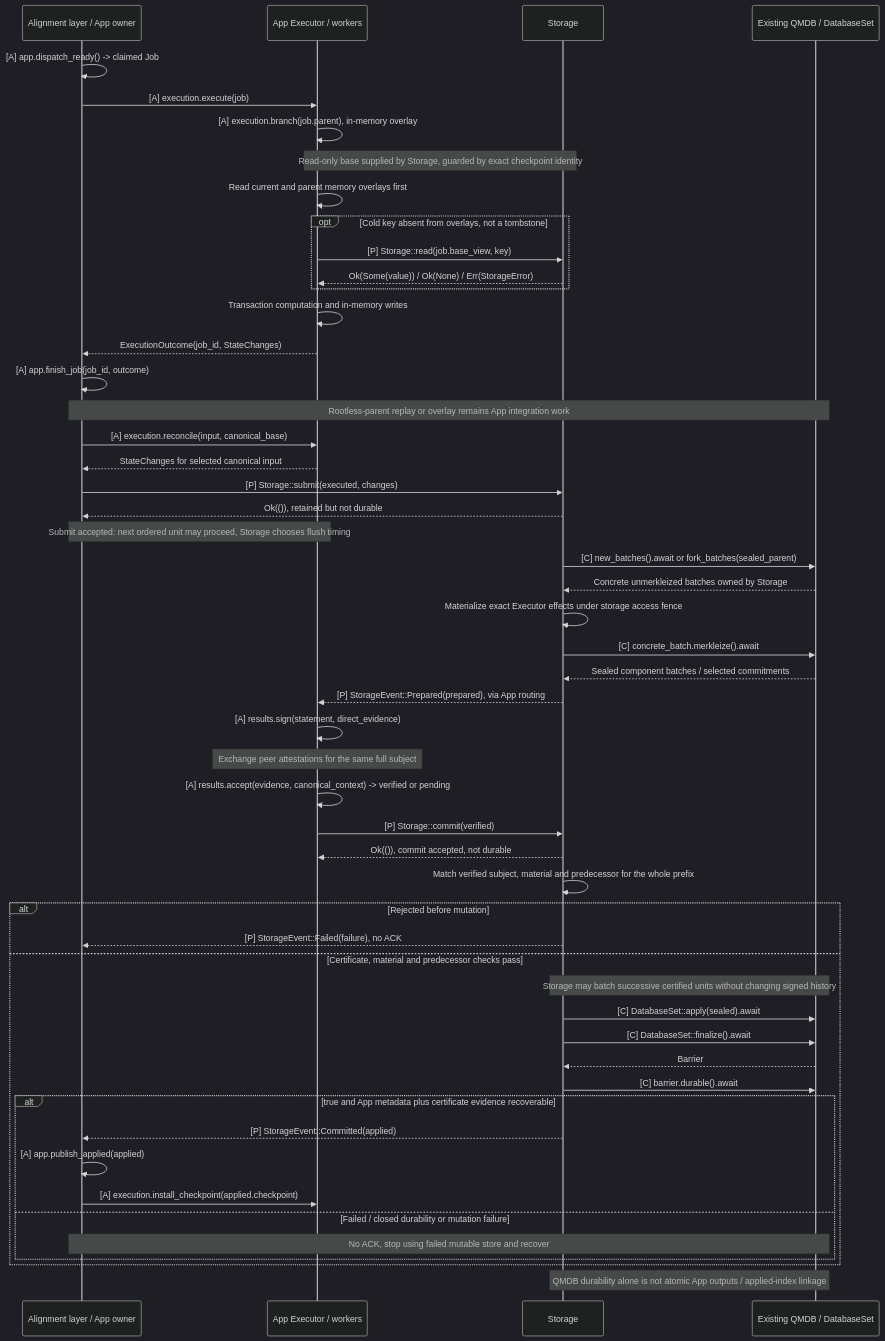
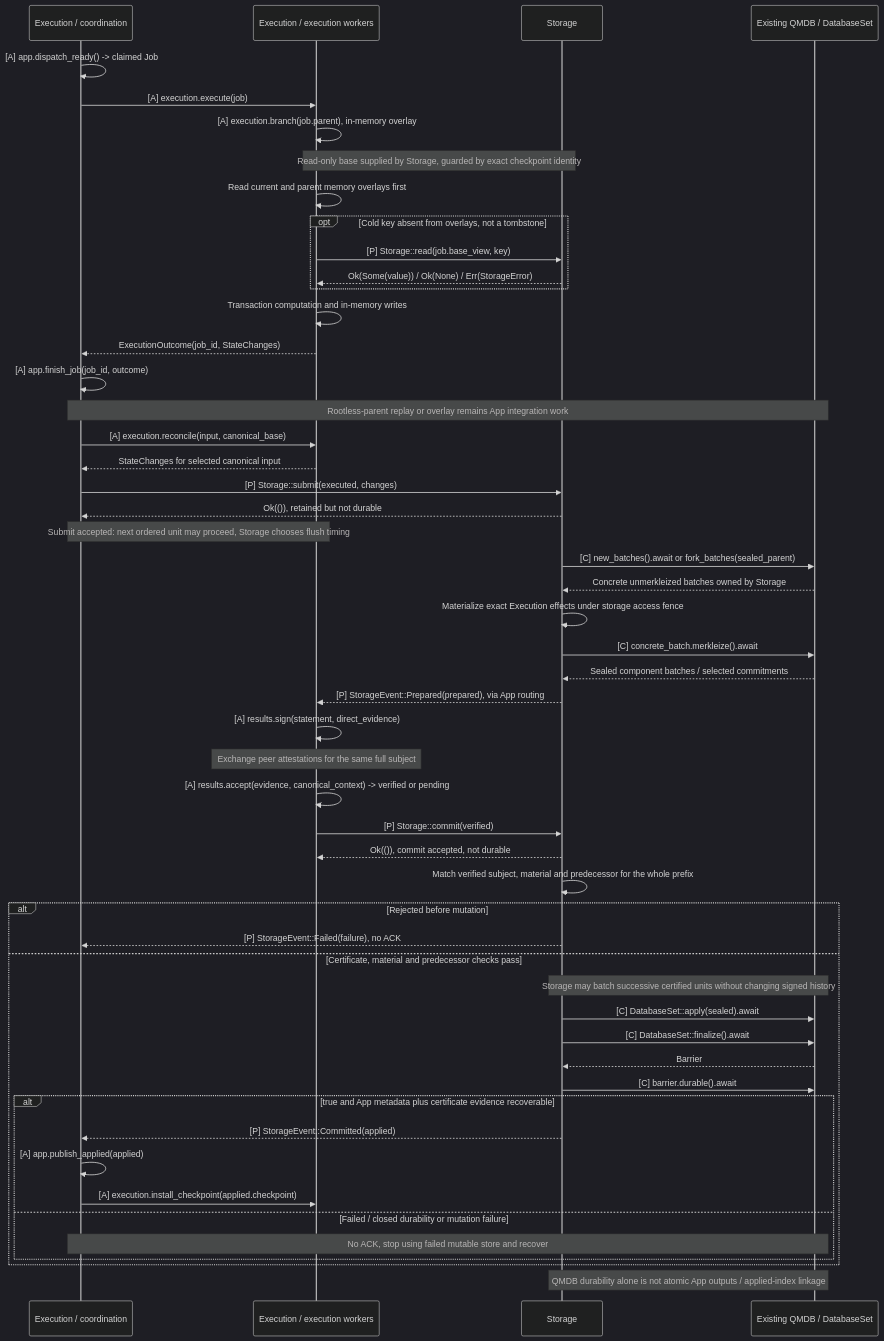
Before and after one commit to djm07073/baton: the diagram in docs/assets/diagrams/diagram-09.mmd, drawn with Mermaid (dark theme). The commit also changed 4086 other files, not shown here.

```diff
--- a/docs/assets/diagrams/diagram-09.mmd
+++ b/docs/assets/diagrams/diagram-09.mmd
@@ -1,53 +1,53 @@
 sequenceDiagram
-    participant A as Alignment layer / App owner
-    participant E as App Executor / workers
+    participant A as Execution / coordination
+    participant E as Execution / execution workers
     participant S as Storage
     participant D as Existing QMDB / DatabaseSet
     A->>A: [A] app.dispatch_ready() -> claimed Job
     A->>E: [A] execution.execute(job)
     E->>E: [A] execution.branch(job.parent), in-memory overlay
     Note over E,S: Read-only base supplied by Storage, guarded by exact checkpoint identity
     E->>E: Read current and parent memory overlays first
     opt Cold key absent from overlays, not a tombstone
         E->>S: [P] Storage::read(job.base_view, key)
         S-->>E: Ok(Some(value)) / Ok(None) / Err(StorageError)
     end
     E->>E: Transaction computation and in-memory writes
     E-->>A: ExecutionOutcome(job_id, StateChanges)
     A->>A: [A] app.finish_job(job_id, outcome)
     Note over A,D: Rootless-parent replay or overlay remains App integration work
     A->>E: [A] execution.reconcile(input, canonical_base)
     E-->>A: StateChanges for selected canonical input
     A->>S: [P] Storage::submit(executed, changes)
     S-->>A: Ok(()), retained but not durable
     Note over A,E: Submit accepted: next ordered unit may proceed, Storage chooses flush timing
     S->>D: [C] new_batches().await or fork_batches(sealed_parent)
     D-->>S: Concrete unmerkleized batches owned by Storage
-    S->>S: Materialize exact Executor effects under storage access fence
+    S->>S: Materialize exact Execution effects under storage access fence
     S->>D: [C] concrete_batch.merkleize().await
     D-->>S: Sealed component batches / selected commitments
     S-->>E: [P] StorageEvent::Prepared(prepared), via App routing
     E->>E: [A] results.sign(statement, direct_evidence)
     Note over E: Exchange peer attestations for the same full subject
     E->>E: [A] results.accept(evidence, canonical_context) -> verified or pending
 
     E->>S: [P] Storage::commit(verified)
     S-->>E: Ok(()), commit accepted, not durable
     S->>S: Match verified subject, material and predecessor for the whole prefix
     alt Rejected before mutation
         S-->>A: [P] StorageEvent::Failed(failure), no ACK
     else Certificate, material and predecessor checks pass
         Note over S,D: Storage may batch successive certified units without changing signed history
         S->>D: [C] DatabaseSet::apply(sealed).await
         S->>D: [C] DatabaseSet::finalize().await
         D-->>S: Barrier
         S->>D: [C] barrier.durable().await
         alt true and App metadata plus certificate evidence recoverable
             S-->>A: [P] StorageEvent::Committed(applied)
             A->>A: [A] app.publish_applied(applied)
             A->>E: [A] execution.install_checkpoint(applied.checkpoint)
         else Failed / closed durability or mutation failure
             Note over A,D: No ACK, stop using failed mutable store and recover
         end
     end
     Note over S,D: QMDB durability alone is not atomic App outputs / applied-index linkage
```
